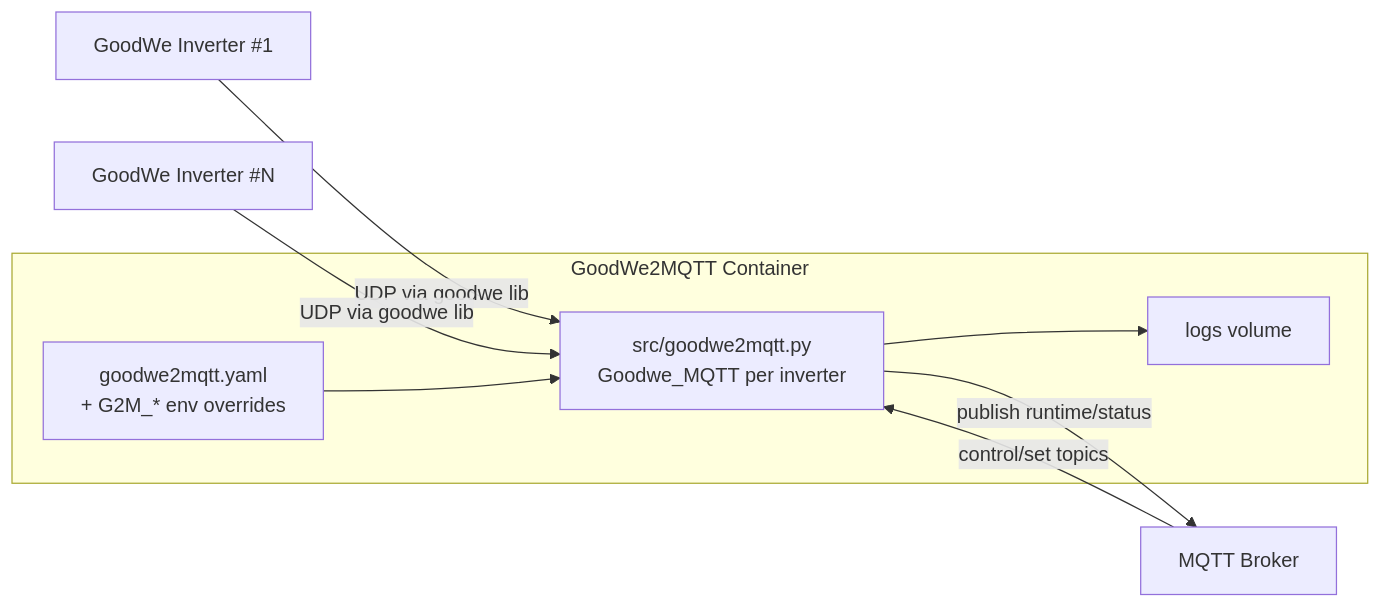
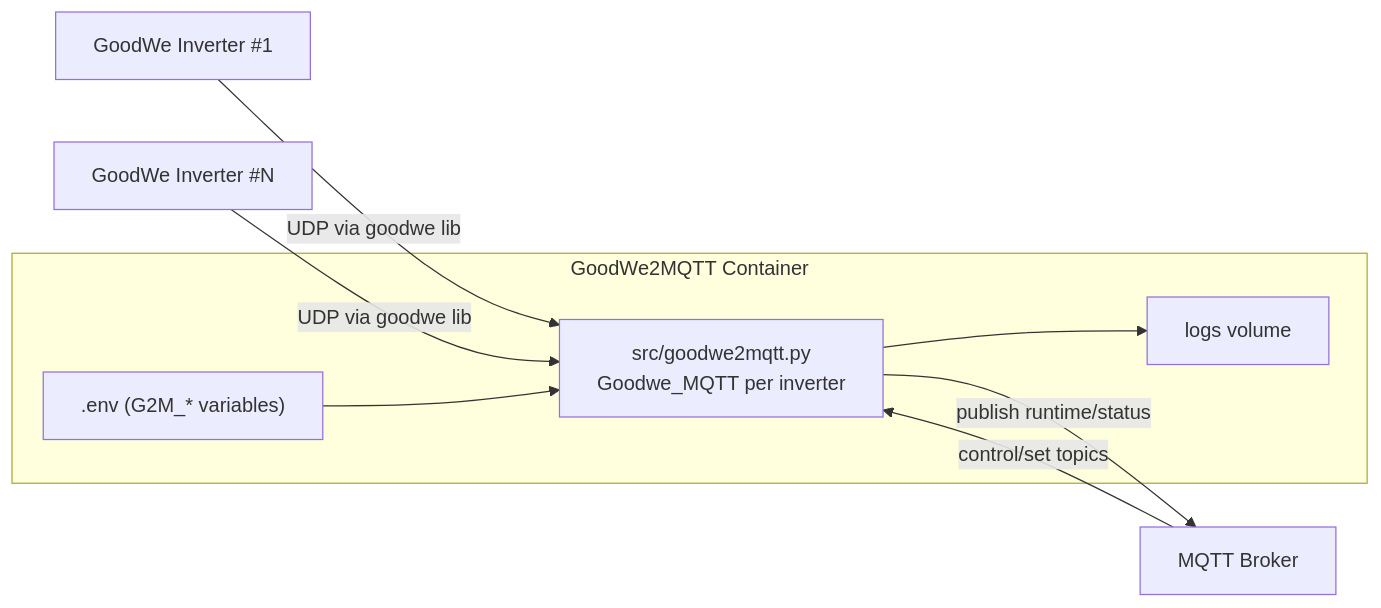
One commit to jenicek001/GoodWe2MQTT changed the diagram in docs/architecture.md. Above: the diagram before and after it, drawn with Mermaid. The commit also changed 11 other files, not shown here.

````diff
--- a/docs/architecture.md
+++ b/docs/architecture.md
@@ -3,15 +3,15 @@
 ```mermaid
 flowchart LR
     subgraph Runtime["GoodWe2MQTT Container"]
         App["src/goodwe2mqtt.py\nGoodwe_MQTT per inverter"]
-        Config["goodwe2mqtt.yaml\n+ G2M_* env overrides"]
+        Config[".env (G2M_* variables)"]
         Logs["logs volume"]
     end
 
     Inv1["GoodWe Inverter #1"] -->|UDP via goodwe lib| App
     InvN["GoodWe Inverter #N"] -->|UDP via goodwe lib| App
     App -->|publish runtime/status| MQTT["MQTT Broker"]
     MQTT -->|control/set topics| App
     App --> Logs
     Config --> App
 ```
````
